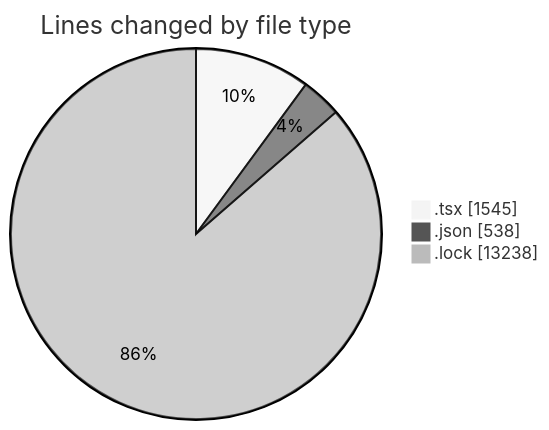
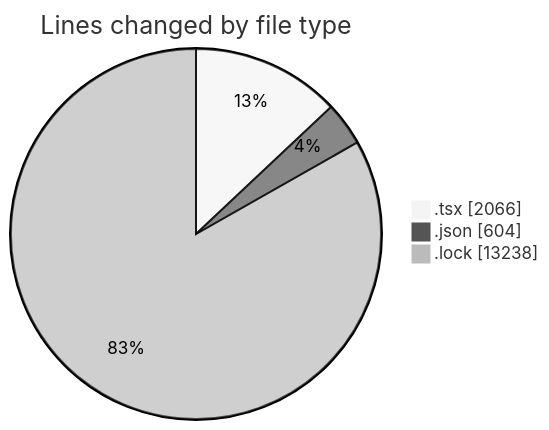
Before and after one commit to momahboobian/code-tracking: the first of 2 diagrams in 2026-01-09/cda/README.md, drawn with Mermaid (neutral theme). The commit also changed other lines of this file and 1 other file, not shown here.

````diff
--- a/2026-01-09/cda/README.md
+++ b/2026-01-09/cda/README.md
@@ -24,7 +26,7 @@
 ```mermaid
 pie showData
 title Lines changed by file type
-".tsx" : 1545
-".json" : 538
+".tsx" : 2066
+".json" : 604
 ".lock" : 13238
 ```
````
